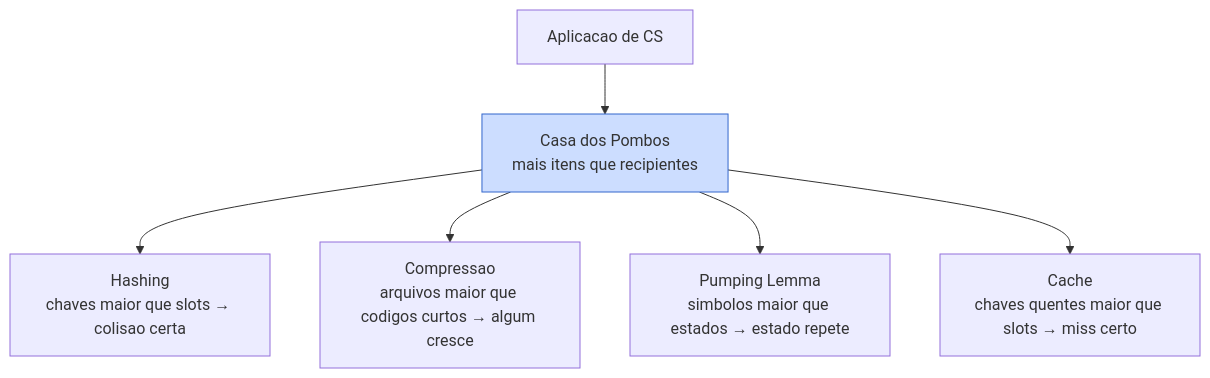
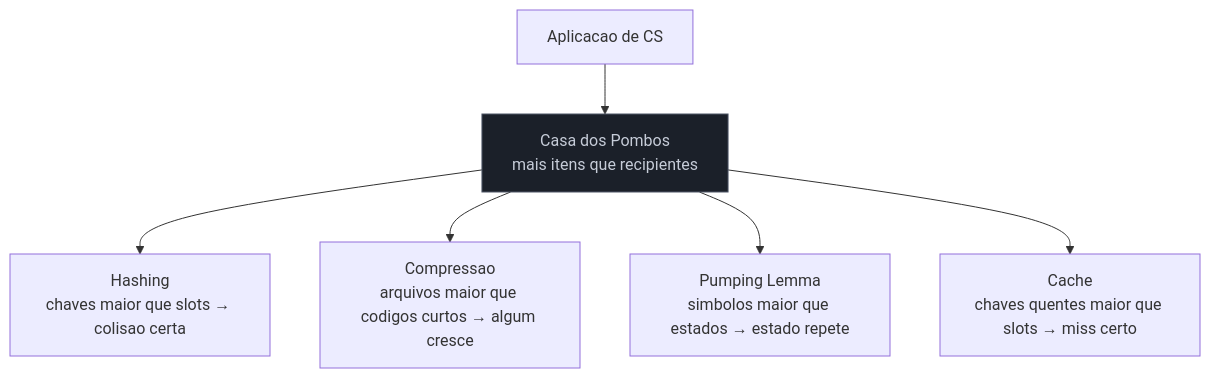
The third of 5 diagrams in 03-Dominios/Ciência/Matemática para Computação/12 - Princípios combinatórios - casa dos pombos e inclusão-exclusão.md (josenaldo/codex-technomanticus), drawn with Mermaid before and after one commit. The commit also changed other lines of this file and 1181 other files, not shown here.

First line of the commit message:
fix(diagramas): paleta do sistema no lugar de cor cravada no markdown

````diff
--- a/03-Dominios/Ciência/Matemática para Computação/12 - Princípios combinatórios - casa dos pombos e inclusão-exclusão.md
+++ b/03-Dominios/Ciência/Matemática para Computação/12 - Princípios combinatórios - casa dos pombos e inclusão-exclusão.md
@@ -188,9 +191,10 @@
 ```mermaid
 graph TD
+    classDef neutro fill:#1B2029,stroke:#4E5666,color:#C6CCD8
     A["Aplicacao de CS"] --> P["Casa dos Pombos<br/>mais itens que recipientes"]
     P --> H["Hashing<br/>chaves maior que slots → colisao certa"]
     P --> C["Compressao<br/>arquivos maior que codigos curtos → algum cresce"]
     P --> T["Pumping Lemma<br/>simbolos maior que estados → estado repete"]
     P --> K["Cache<br/>chaves quentes maior que slots → miss certo"]
-    style P fill:#cdf,stroke:#36c
+    class P neutro
 ```
````
